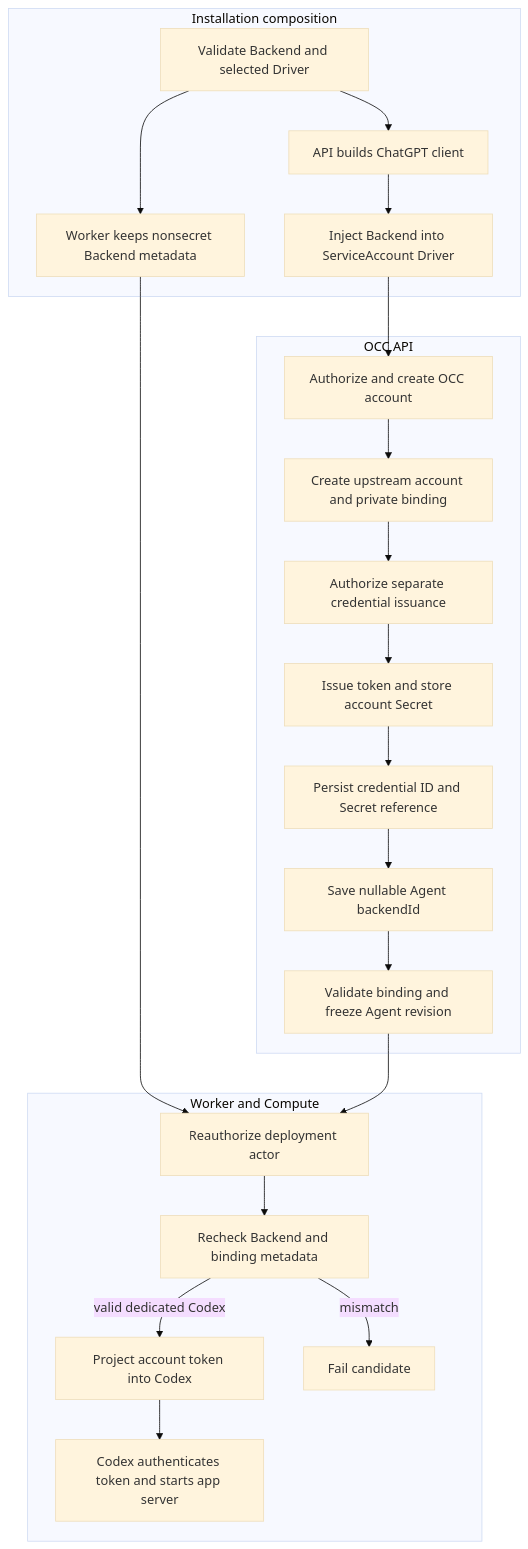
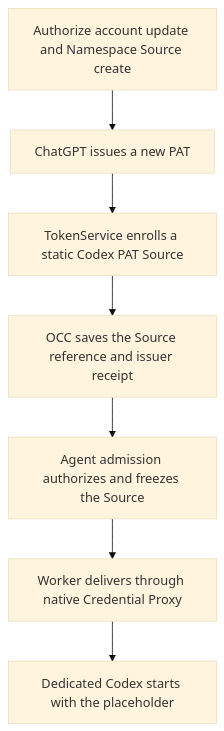
One commit to openclaw/openclaw-enterprise changed the diagram in docs/flows/service-account-driver-credential-delivery.md. Above: the diagram before and after it, drawn with Mermaid (base theme). The commit also changed other lines of this file and 166 other files, not shown here.

Commit message:
Complete direct TokenService cutover and credential lifecycle checks

````diff
--- a/docs/flows/service-account-driver-credential-delivery.md
+++ b/docs/flows/service-account-driver-credential-delivery.md
@@ -33,25 +22,9 @@
 ```mermaid
-graph TD
-  subgraph Composition["Installation composition"]
-    A["Validate Backend and selected Driver"] --> B["API builds ChatGPT client"]
-    B --> C["Inject Backend into ServiceAccount Driver"]
-    A --> D["Worker keeps nonsecret Backend metadata"]
-  end
-  subgraph API["OCC API"]
-    C --> E["Authorize and create OCC account"]
-    E --> F["Create upstream account and private binding"]
-    F --> G["Authorize separate credential issuance"]
-    G --> H["Issue token and store account Secret"]
-    H --> I["Persist credential ID and Secret reference"]
-    I --> J["Save nullable Agent backendId"]
-    J --> K["Validate binding and freeze Agent revision"]
-  end
-  subgraph Worker["Worker and Compute"]
-    D --> L["Reauthorize deployment actor"]
-    K --> L
-    L --> M["Recheck Backend and binding metadata"]
-    M -->|valid dedicated Codex| N["Project account token into Codex"]
-    M -->|mismatch| O["Fail candidate"]
-    N --> P["Codex authenticates token and starts app server"]
-  end
+flowchart TD
+  A["Authorize account update and Namespace Source create"] --> B["ChatGPT issues a new PAT"]
+  B --> C["TokenService enrolls a static Codex PAT Source"]
+  C --> D["OCC saves the Source reference and issuer receipt"]
+  D --> E["Agent admission authorizes and freezes the Source"]
+  E --> F["Worker delivers through native Credential Proxy"]
+  F --> G["Dedicated Codex starts with the placeholder"]
 ```
````
